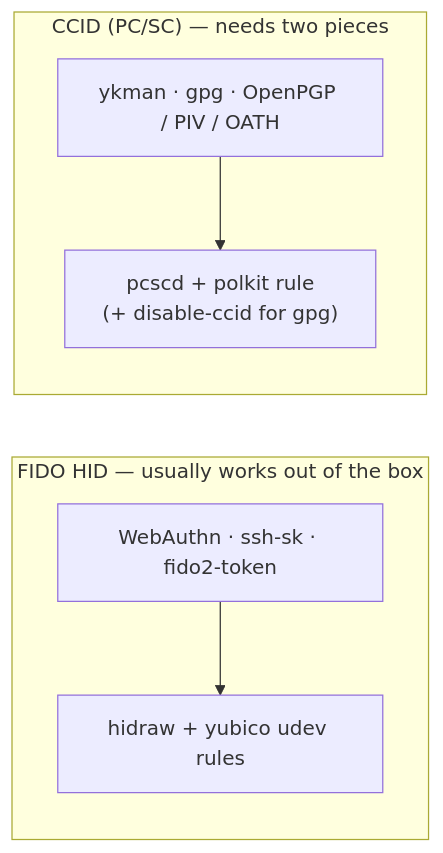
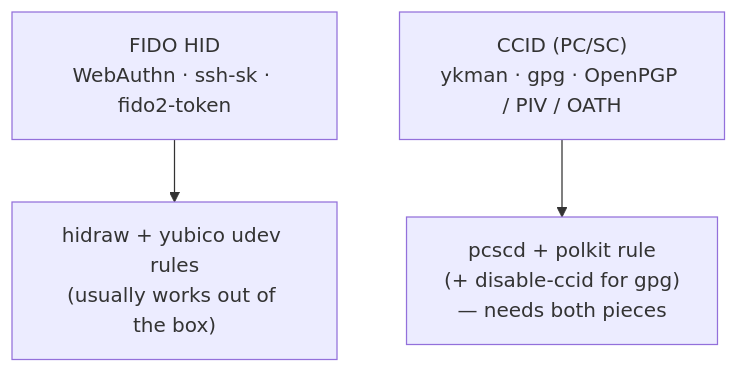
The diagram in docs/linux.md (librekeys/RS-Key), drawn with Mermaid before and after one commit. The commit also changed 7 other files, not shown here.

First line of the commit message:
docs: make the Mermaid diagrams readable on the site

````diff
--- a/docs/linux.md
+++ b/docs/linux.md
@@ -13,9 +13,5 @@
 ```mermaid
-flowchart LR
-    subgraph fido["FIDO HID — usually works out of the box"]
-      a["WebAuthn · ssh-sk · fido2-token"] --> b["hidraw + yubico udev rules"]
-    end
-    subgraph ccid["CCID (PC/SC) — needs two pieces"]
-      c["ykman · gpg · OpenPGP / PIV / OATH"] --> d["pcscd + polkit rule<br/>(+ disable-ccid for gpg)"]
-    end
+flowchart TD
+    a["FIDO HID<br/>WebAuthn · ssh-sk · fido2-token"] --> b["hidraw + yubico udev rules<br/>(usually works out of the box)"]
+    c["CCID (PC/SC)<br/>ykman · gpg · OpenPGP / PIV / OATH"] --> d["pcscd + polkit rule<br/>(+ disable-ccid for gpg)<br/>— needs both pieces"]
 ```
````
